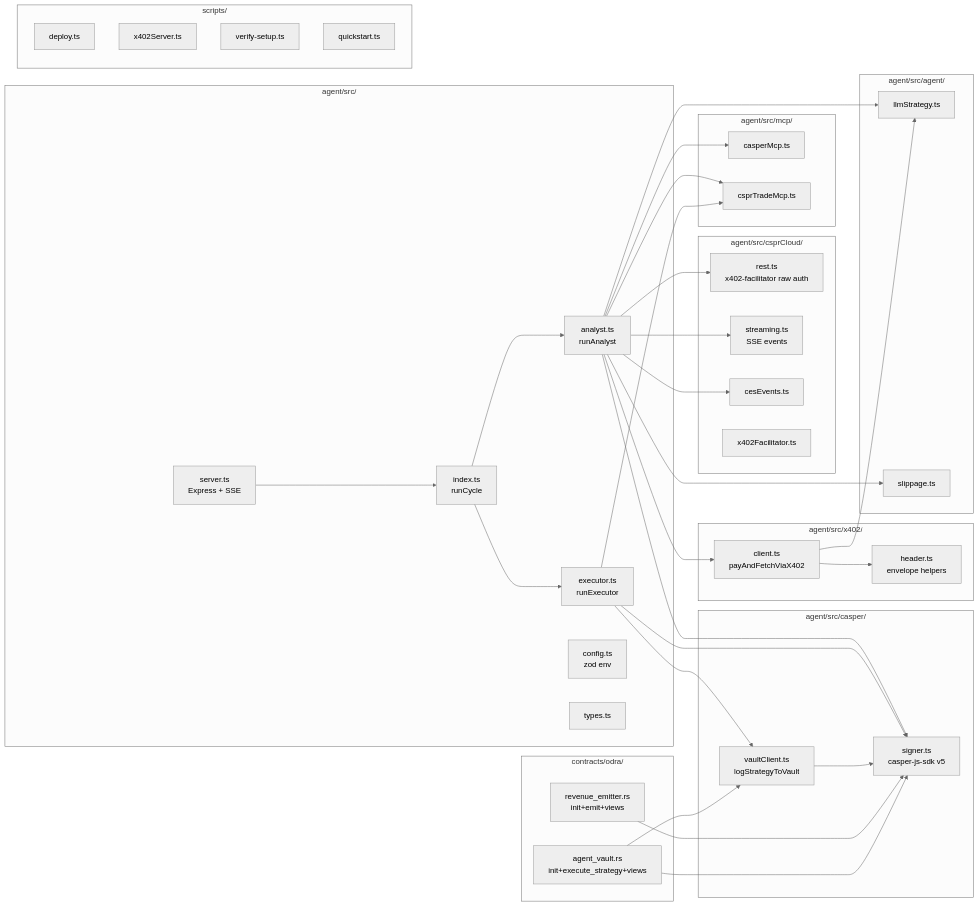
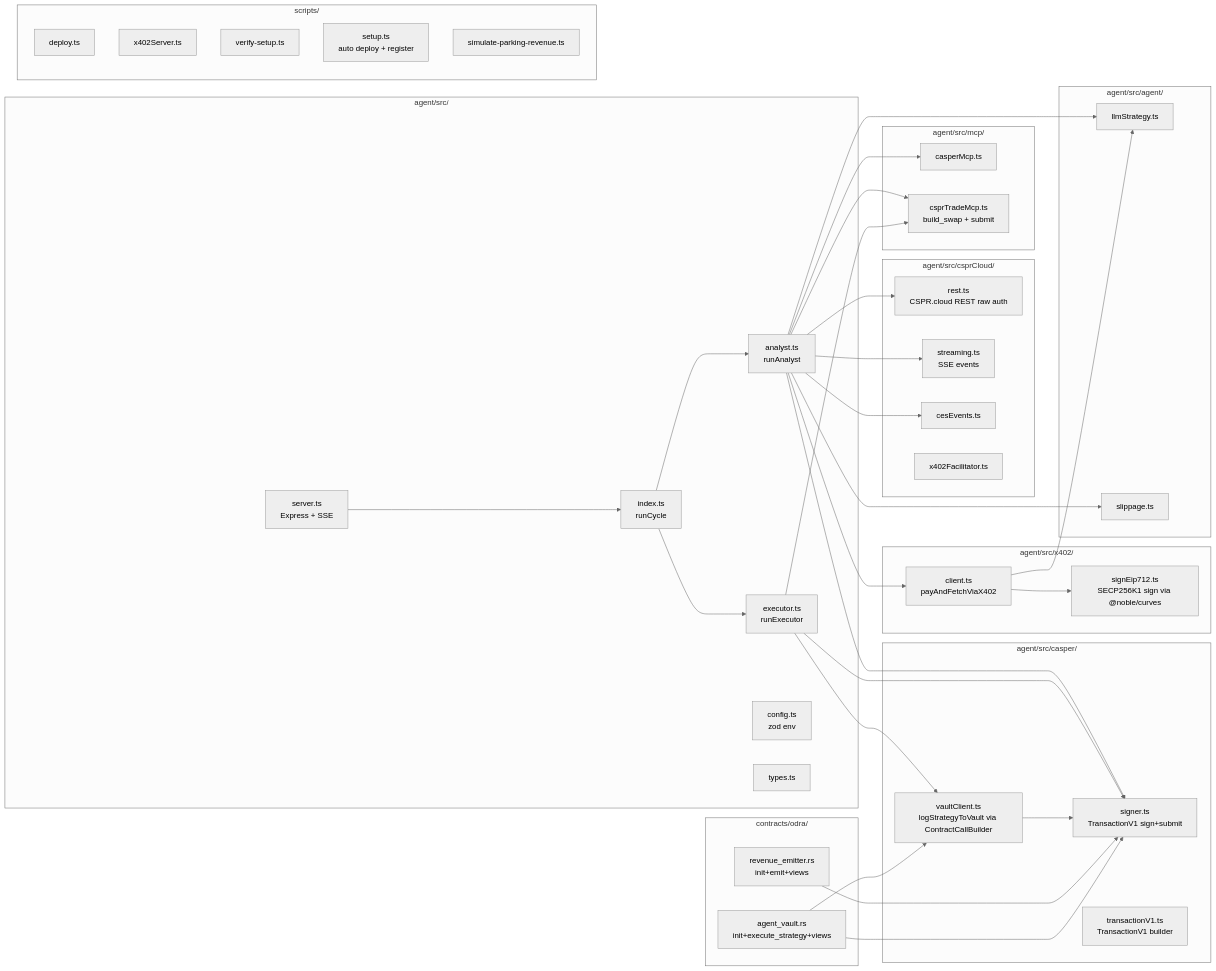
One commit to antidumpalways/ARWA-Agent changed the third of 5 diagrams in README.md. Above: the diagram before and after it, drawn with Mermaid (neutral theme). The commit also changed other lines of this file, not shown here.

````diff
--- a/README.md
+++ b/README.md
@@ -172,64 +172,66 @@
 ```mermaid
 graph LR
     subgraph "contracts/odra/"
         Rust1[revenue_emitter.rs<br/>init+emit+views]
         Rust2[agent_vault.rs<br/>init+execute_strategy+views]
     end
     subgraph "agent/src/"
         TS1[index.ts<br/>runCycle]
         TS2[analyst.ts<br/>runAnalyst]
         TS3[executor.ts<br/>runExecutor]
         TS4[server.ts<br/>Express + SSE]
         TS5[config.ts<br/>zod env]
         TS6[types.ts]
     end
     subgraph "agent/src/casper/"
-        TS7[signer.ts<br/>casper-js-sdk v5]
-        TS8[vaultClient.ts<br/>logStrategyToVault]
+        TS7[signer.ts<br/>TransactionV1 sign+submit]
+        TS8[vaultClient.ts<br/>logStrategyToVault via ContractCallBuilder]
+        TS19[transactionV1.ts<br/>TransactionV1 builder]
     end
     subgraph "agent/src/csprCloud/"
-        TS9[rest.ts<br/>x402-facilitator raw auth]
+        TS9[rest.ts<br/>CSPR.cloud REST raw auth]
         TS10[streaming.ts<br/>SSE events]
         TS11[cesEvents.ts]
         TS12[x402Facilitator.ts]
     end
     subgraph "agent/src/mcp/"
         TS13[casperMcp.ts]
-        TS14[csprTradeMcp.ts]
+        TS14[csprTradeMcp.ts<br/>build_swap + submit]
     end
     subgraph "agent/src/x402/"
         TS15[client.ts<br/>payAndFetchViaX402]
-        TS16[header.ts<br/>envelope helpers]
+        TS16[signEip712.ts<br/>SECP256K1 sign via @noble/curves]
     end
     subgraph "agent/src/agent/"
         TS17[llmStrategy.ts]
         TS18[slippage.ts]
     end
     subgraph "scripts/"
         SC1[deploy.ts]
         SC2[x402Server.ts]
         SC3[verify-setup.ts]
-        SC4[quickstart.ts]
+        SC4[setup.ts<br/>auto deploy + register]
+        SC5[simulate-parking-revenue.ts]
     end
     TS1 --> TS2
     TS1 --> TS3
     TS2 --> TS7
     TS2 --> TS9
     TS2 --> TS10
     TS2 --> TS11
     TS2 --> TS13
     TS2 --> TS14
     TS2 --> TS15
     TS2 --> TS17
     TS2 --> TS18
     TS3 --> TS7
     TS3 --> TS14
     TS3 --> TS8
     TS4 --> TS1
     TS8 --> TS7
     TS15 --> TS16
     TS15 --> TS17
     Rust1 --> TS7
     Rust2 --> TS7
     Rust2 --> TS8
 ```
````
